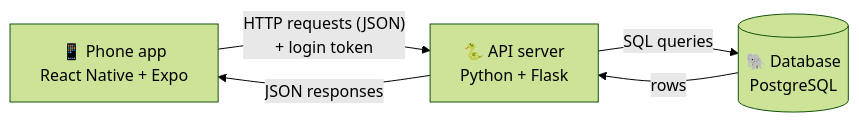
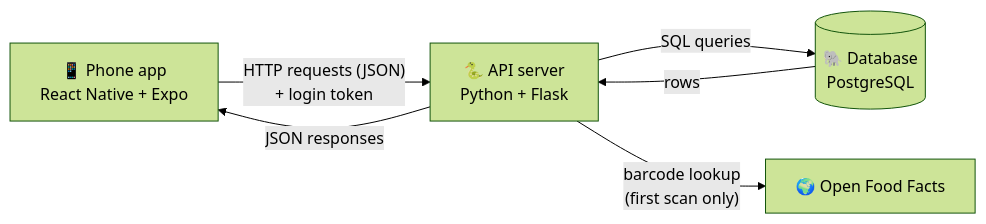
Before and after one commit to impxcts/CSCI490-Capstone: the first of 2 diagrams in safebite/HOW_IT_WORKS.md, drawn with Mermaid (forest theme). The commit also changed other lines of this file and 41 other files, not shown here.

````diff
--- a/safebite/HOW_IT_WORKS.md
+++ b/safebite/HOW_IT_WORKS.md
@@ -17,7 +16,8 @@
 ```mermaid
 flowchart LR
     A["📱 Phone app<br/>React Native + Expo"] -- "HTTP requests (JSON)<br/>+ login token" --> B["🐍 API server<br/>Python + Flask"]
     B -- "SQL queries" --> C[("🐘 Database<br/>PostgreSQL")]
+    B -- "barcode lookup<br/>(first scan only)" --> D["🌍 Open Food Facts"]
     C -- rows --> B
     B -- "JSON responses" --> A
 ```
````
